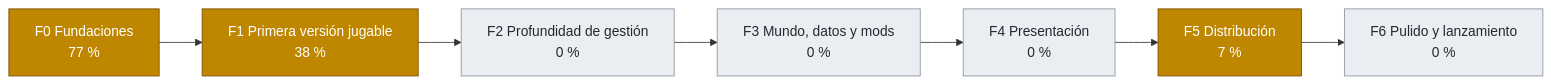
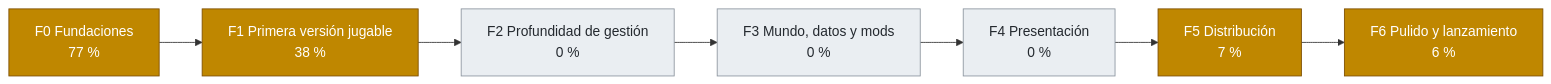
The second of 2 diagrams in docs/roadmap.md (dariogea/BM27), drawn with Mermaid before and after one commit. The commit also changed other lines of this file and 10 other files, not shown here.

````diff
--- a/docs/roadmap.md
+++ b/docs/roadmap.md
@@ -24,21 +50,21 @@
 ```mermaid
 flowchart LR
   F0["F0 Fundaciones<br/>77 %"]
   F1["F1 Primera versión jugable<br/>38 %"]
   F2["F2 Profundidad de gestión<br/>0 %"]
   F3["F3 Mundo, datos y mods<br/>0 %"]
   F4["F4 Presentación<br/>0 %"]
   F5["F5 Distribución<br/>7 %"]
-  F6["F6 Pulido y lanzamiento<br/>0 %"]
+  F6["F6 Pulido y lanzamiento<br/>6 %"]
   F0 --> F1 --> F2 --> F3 --> F4 --> F5 --> F6
   classDef hecho fill:#2da44e,color:#fff,stroke:#1a7f37;
   classDef curso fill:#bf8700,color:#fff,stroke:#7d4e00;
   classDef pendiente fill:#eaeef2,color:#24292f,stroke:#8c959f;
   class F0 curso;
   class F1 curso;
   class F2 pendiente;
   class F3 pendiente;
   class F4 pendiente;
   class F5 curso;
-  class F6 pendiente;
+  class F6 curso;
 ```
````
